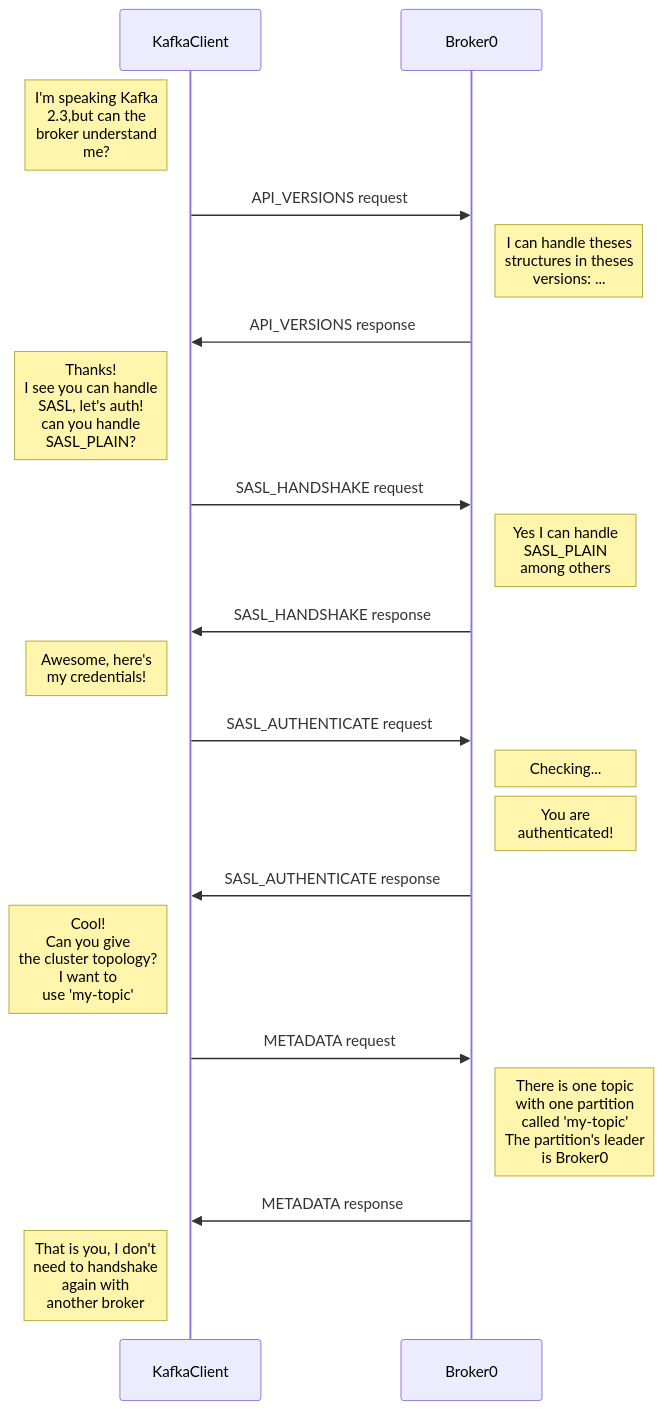
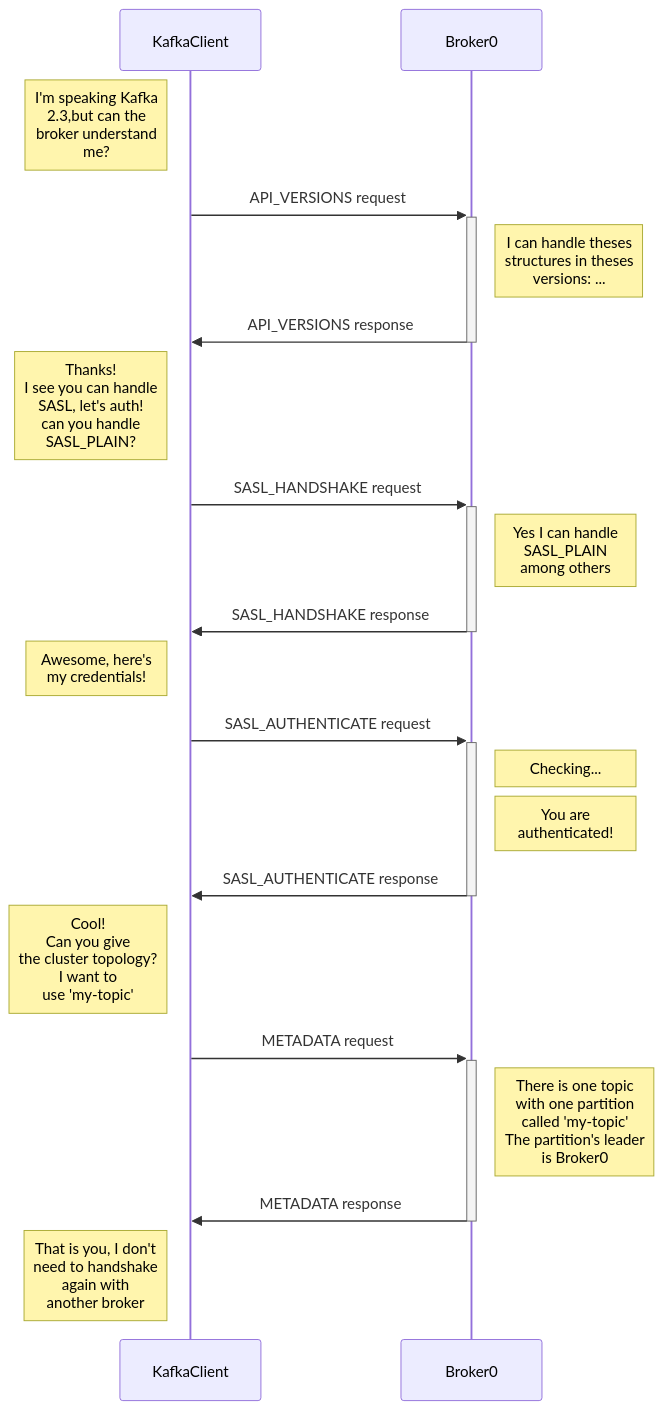
Before and after one commit to PierreZ/pierrezemb.fr: the first of 3 diagrams in content/posts/diving-into-kafka-protocol/index.md, drawn with Mermaid. The commit also changed other lines of this file and 2 other files, not shown here.

Commit message:
improvements to the kafka blogpost

```diff
--- a/content/posts/diving-into-kafka-protocol/index.md
+++ b/content/posts/diving-into-kafka-protocol/index.md
@@ -33,32 +33,32 @@
 {{<mermaid>}}
 sequenceDiagram
 
     Note left of KafkaClient: I'm speaking Kafka <br/> 2.3,but can the <br/> broker understand <br/> me?
 
-    KafkaClient ->> Broker0: API_VERSIONS request
+    KafkaClient ->>+ Broker0: API_VERSIONS request
 
     Note right of Broker0: I can handle theses <br/> structures in theses <br/>versions: ...
-    Broker0 ->> KafkaClient: API_VERSIONS response
+    Broker0 ->>- KafkaClient: API_VERSIONS response
 
     Note left of KafkaClient: Thanks!<br/> I see you can handle <br/> SASL, let's auth! <br/> can you handle <br/> SASL_PLAIN?
-    KafkaClient ->> Broker0: SASL_HANDSHAKE request
+    KafkaClient ->>+ Broker0: SASL_HANDSHAKE request
 
     Note right of Broker0: Yes I can handle <br/> SASL_PLAIN <br/> among others
-    Broker0 ->> KafkaClient: SASL_HANDSHAKE response
+    Broker0 ->>- KafkaClient: SASL_HANDSHAKE response
 
     Note left of KafkaClient: Awesome, here's <br/> my credentials!
-    KafkaClient ->> Broker0: SASL_AUTHENTICATE request
+    KafkaClient ->>+ Broker0: SASL_AUTHENTICATE request
 
     Note right of Broker0: Checking...
     Note right of Broker0: You are <br/>authenticated!
-    Broker0 ->> KafkaClient: SASL_AUTHENTICATE response
+    Broker0 ->>- KafkaClient: SASL_AUTHENTICATE response
 
     Note left of KafkaClient: Cool! <br/> Can you give <br/> the cluster topology?<br/> I want to <br/> use 'my-topic'
-    KafkaClient ->> Broker0: METADATA request
+    KafkaClient ->>+ Broker0: METADATA request
 
     Note right of Broker0: There is one topic <br/> with one partition<br/> called 'my-topic'<br/>The partition's leader <br/> is Broker0
-    Broker0 ->> KafkaClient: METADATA response
+    Broker0 ->>- KafkaClient: METADATA response
 
 Note left of KafkaClient: That is you, I don't <br/> need to handshake <br/> again with <br/> another broker
 
 {{</mermaid>}}
```
